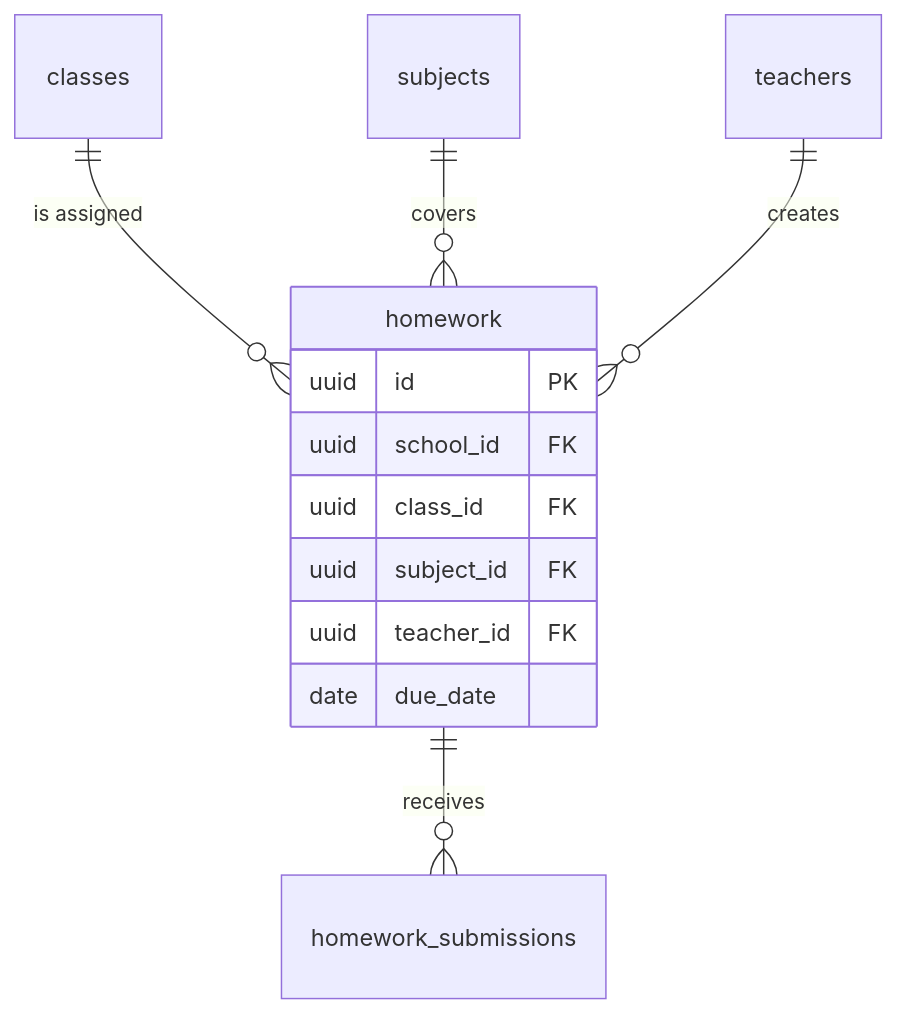
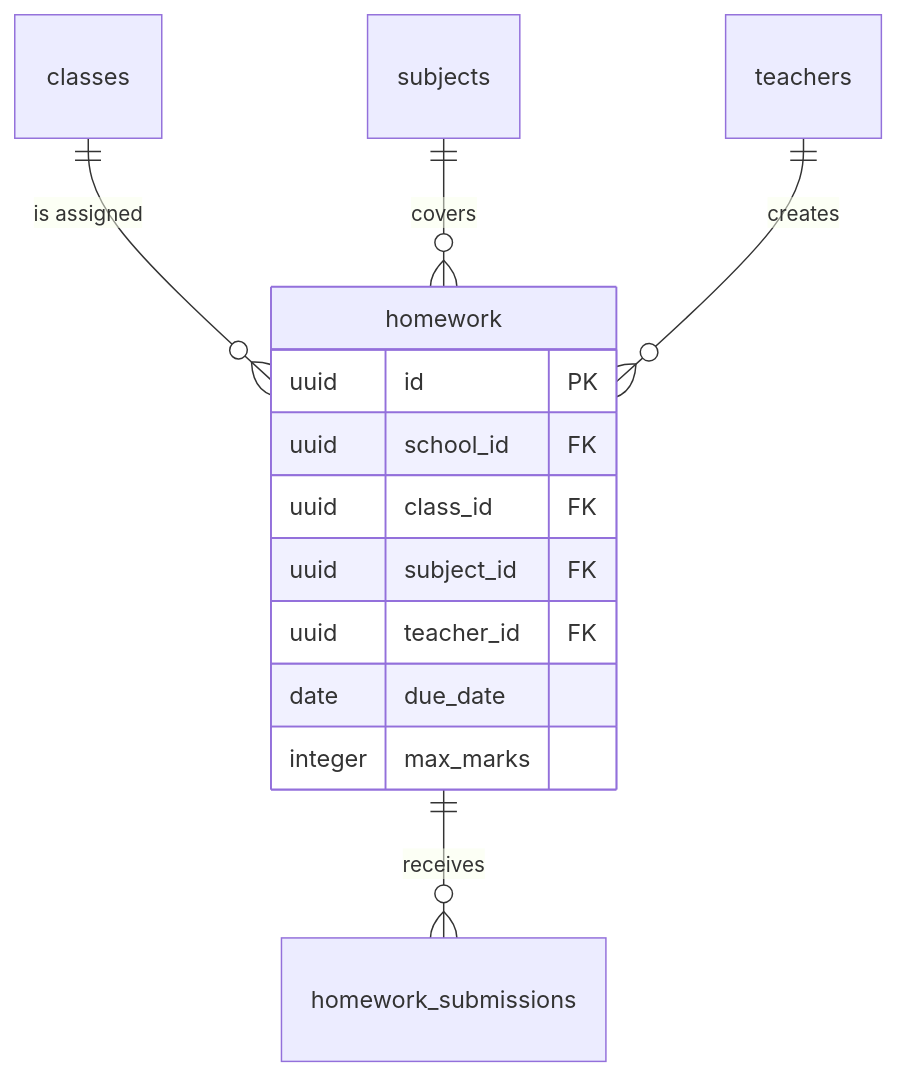
Before and after one commit to rahmat058/school-flow-ai: diagram 17 of 45 in docs/backend/Database.md, drawn with Mermaid. The commit also changed other lines of this file and 14 other files, not shown here.

````diff
--- a/docs/backend/Database.md
+++ b/docs/backend/Database.md
@@ -716,15 +719,16 @@
 ```mermaid
 erDiagram
   classes ||--o{ homework : "is assigned"
   subjects ||--o{ homework : "covers"
   teachers ||--o{ homework : "creates"
   homework ||--o{ homework_submissions : "receives"
   homework {
     uuid id PK
     uuid school_id FK
     uuid class_id FK
     uuid subject_id FK
     uuid teacher_id FK
     date due_date
+    integer max_marks
   }
 ```
````
